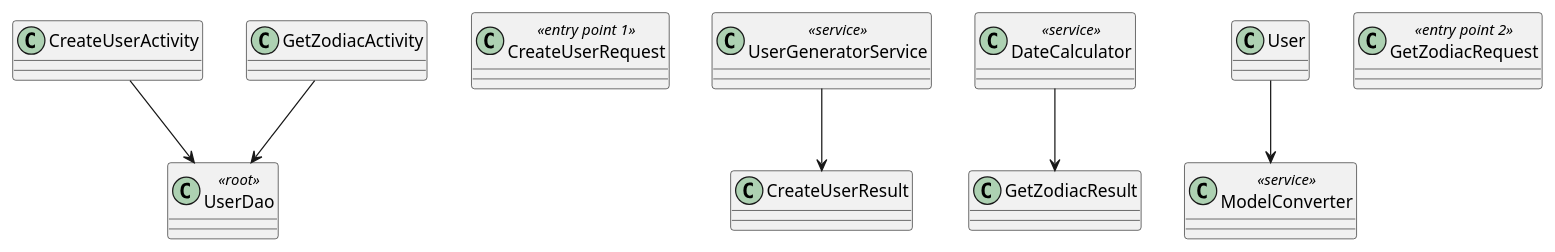
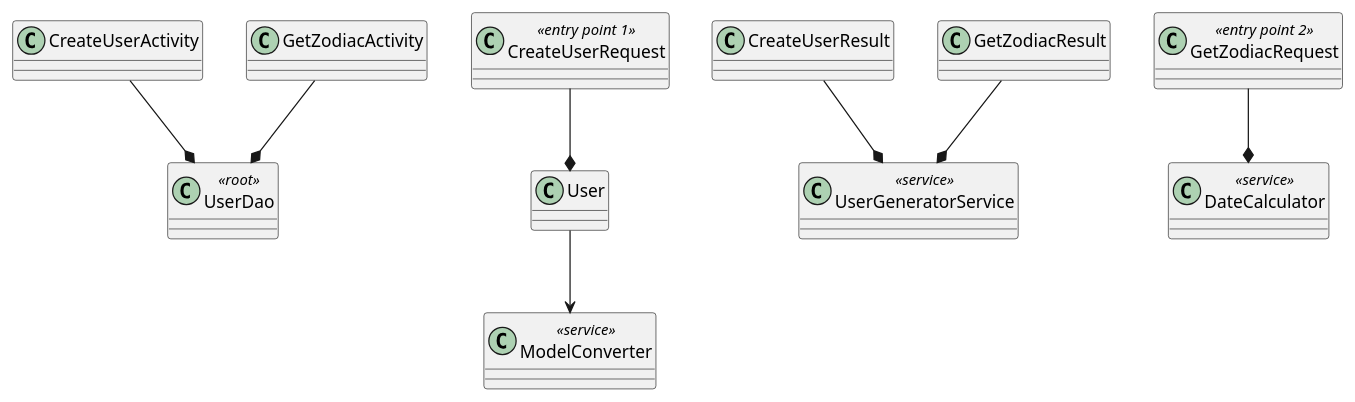
Before and after one commit to gbauza3destinee/zodiakApp: the diagram in template_java_project/ProjectDocuments/ZodiakDependencyGraph.puml, drawn with PlantUML. The commit also changed 1 other file, not shown here.

```diff
--- a/template_java_project/ProjectDocuments/ZodiakDependencyGraph.puml
+++ b/template_java_project/ProjectDocuments/ZodiakDependencyGraph.puml
@@ -2,22 +2,24 @@
 @startuml
 class UserDao <<root>>
 class CreateUserRequest <<entry point 1>>
 class CreateUserResult
 class CreateUserActivity
 class UserGeneratorService <<service>>
 class DateCalculator <<service>>
 class ModelConverter <<service>>
 
 
 class GetZodiacRequest <<entry point 2>>
 class GetZodiacResult
 class GetZodiacActivity
 
 User --> ModelConverter
-UserGeneratorService --> CreateUserResult
-DateCalculator --> GetZodiacResult
-CreateUserActivity --> UserDao
-GetZodiacActivity --> UserDao
+CreateUserActivity --* UserDao
+GetZodiacActivity --* UserDao
+GetZodiacResult --* UserGeneratorService
+CreateUserResult --* UserGeneratorService
+GetZodiacRequest --* DateCalculator
+CreateUserRequest --* User
 
 
 @enduml
```
